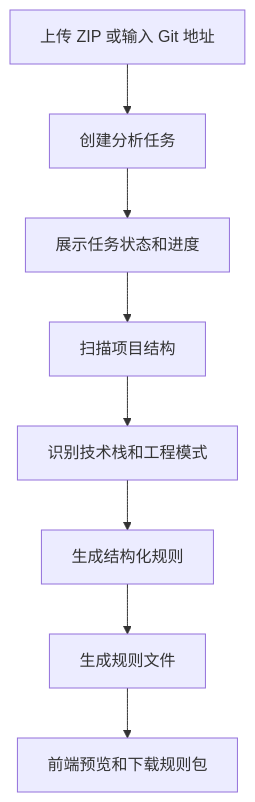
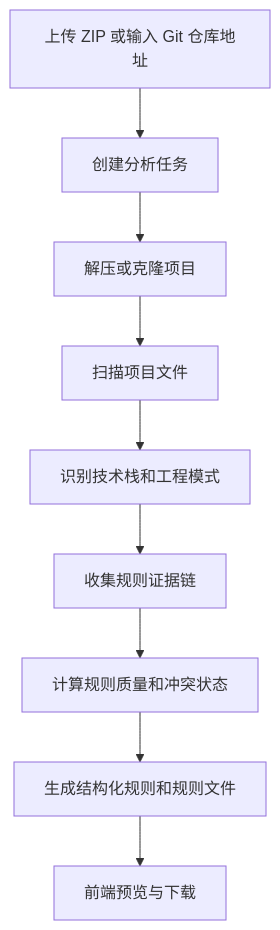
Before and after one commit to SaberLilyLi/Asgis-AI: the diagram in README.md, drawn with Mermaid. The commit also changed other lines of this file and 15 other files, not shown here.

````diff
--- a/README.md
+++ b/README.md
@@ -68,10 +100,11 @@
 ```mermaid
 flowchart TD
-  A["上传 ZIP 或输入 Git 地址"] --> B["创建分析任务"]
-  B --> C["展示任务状态和进度"]
-  C --> D["扫描项目结构"]
+  A["上传 ZIP 或输入 Git 仓库地址"] --> B["创建分析任务"]
+  B --> C["解压或克隆项目"]
+  C --> D["扫描项目文件"]
   D --> E["识别技术栈和工程模式"]
-  E --> F["生成结构化规则"]
-  F --> G["生成规则文件"]
-  G --> H["前端预览和下载规则包"]
+  E --> F["收集规则证据链"]
+  F --> G["计算规则质量和冲突状态"]
+  G --> H["生成结构化规则和规则文件"]
+  H --> I["前端预览与下载"]
 ```
````
